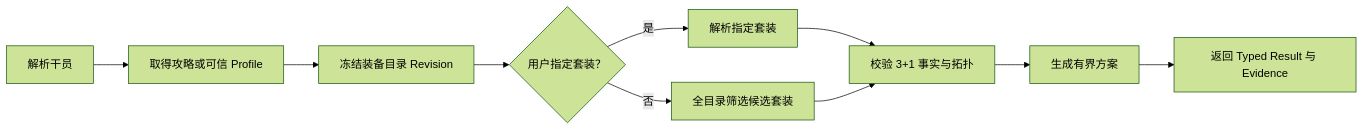
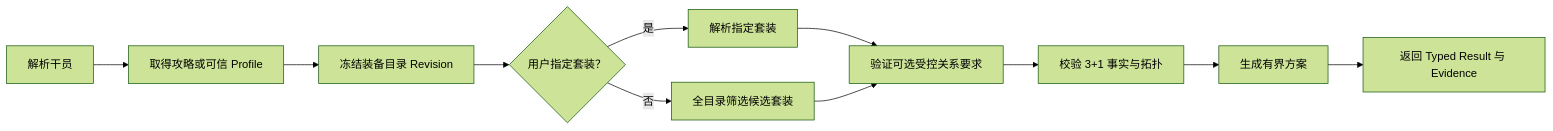
Before and after one commit to Pandluto/dmg-end-field: the diagram in docs/specs/def-opencode-evidence-runtime-spec9/spec.md, drawn with Mermaid (forest theme). The commit also changed other lines of this file and 3 other files, not shown here.

````diff
--- a/docs/specs/def-opencode-evidence-runtime-spec9/spec.md
+++ b/docs/specs/def-opencode-evidence-runtime-spec9/spec.md
@@ -232,12 +233,13 @@
 ```mermaid
 flowchart LR
   A["解析干员"] --> B["取得攻略或可信 Profile"]
   B --> C["冻结装备目录 Revision"]
   C --> D{"用户指定套装？"}
   D -->|"是"| E["解析指定套装"]
   D -->|"否"| F["全目录筛选候选套装"]
-  E --> G["校验 3+1 事实与拓扑"]
-  F --> G
+  E --> R["验证可选受控关系要求"]
+  F --> R
+  R --> G["校验 3+1 事实与拓扑"]
   G --> H["生成有界方案"]
   H --> I["返回 Typed Result 与 Evidence"]
 ```
````
